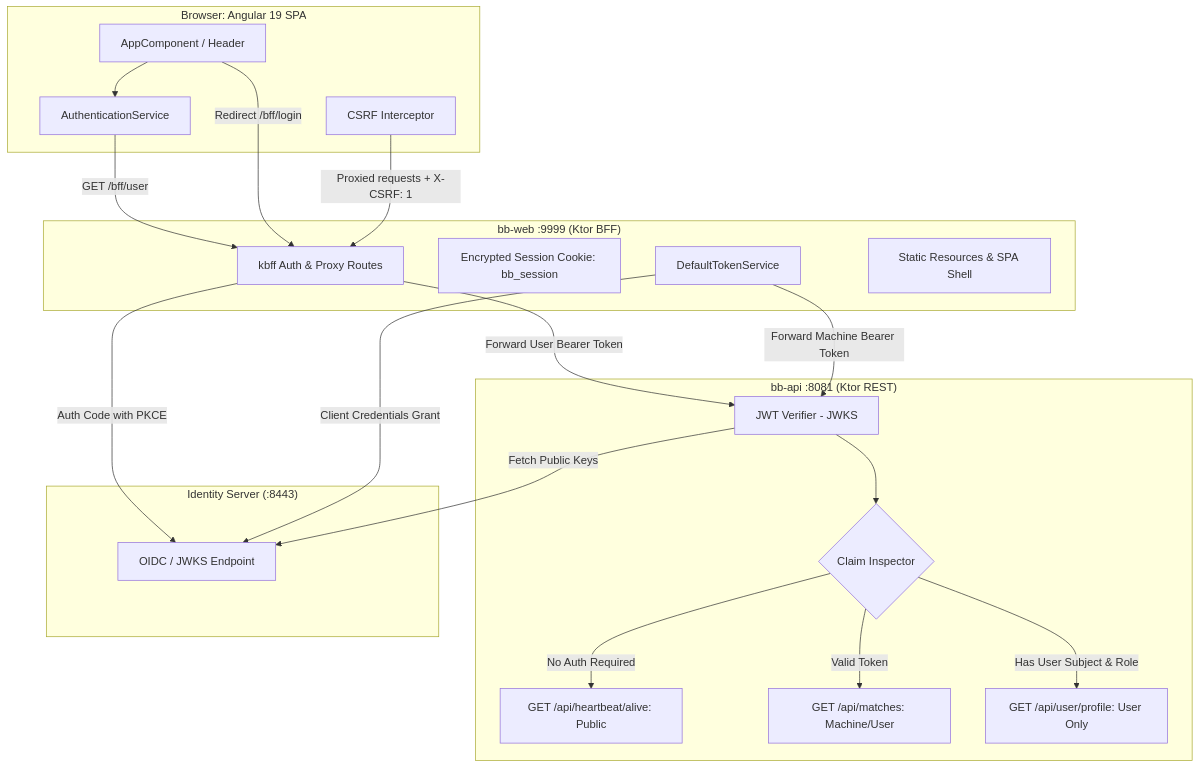
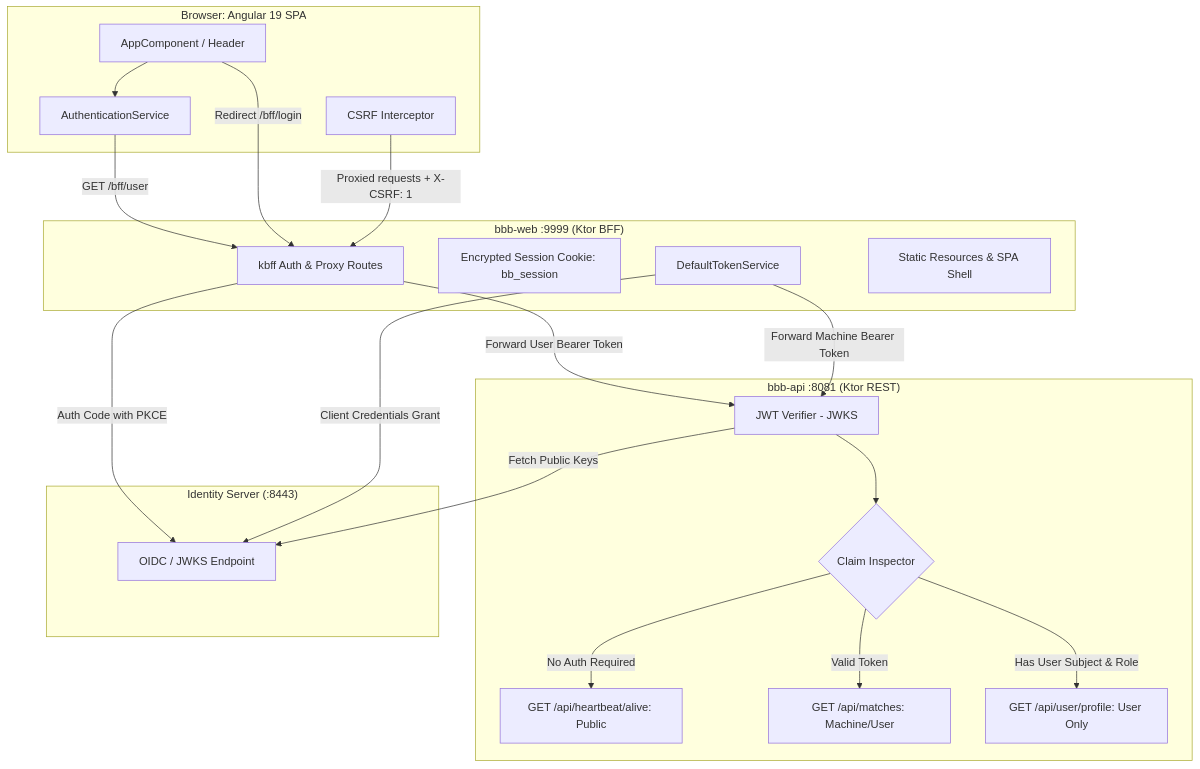
One commit to kevinrjones/acs_ball_by_ball changed the first of 3 diagrams in docs/architecture/applications.md. Above: the diagram before and after it, drawn with Mermaid. The commit also changed other lines of this file and 155 other files, not shown here.

````diff
--- a/docs/architecture/applications.md
+++ b/docs/architecture/applications.md
@@ -19,44 +19,44 @@
 ```mermaid
 flowchart TD
     subgraph Browser["Browser: Angular 19 SPA"]
         UI[AppComponent / Header]
         AuthService[AuthenticationService]
         Interceptor[CSRF Interceptor]
     end
 
-    subgraph Web["bb-web :9999 (Ktor BFF)"]
+    subgraph Web["bbb-web :9999 (Ktor BFF)"]
         KBFF[kbff Auth & Proxy Routes]
         SessionCookie[Encrypted Session Cookie: bb_session]
         TokenService[DefaultTokenService]
         WebRoutes[Static Resources & SPA Shell]
     end
 
-    subgraph API["bb-api :8081 (Ktor REST)"]
+    subgraph API["bbb-api :8081 (Ktor REST)"]
         JWTVerifier[JWT Verifier - JWKS]
         ClaimsCheck{Claim Inspector}
         AliveRoute[GET /api/heartbeat/alive: Public]
         MatchesRoute[GET /api/matches: Machine/User]
         UserRoute[GET /api/user/profile: User Only]
     end
 
     subgraph Identity["Identity Server (:8443)"]
         OIDC[OIDC / JWKS Endpoint]
     end
 
     UI --> AuthService
     AuthService -->|GET /bff/user| KBFF
     UI -->|Redirect /bff/login| KBFF
     Interceptor -->|Proxied requests + X-CSRF: 1| KBFF
 
     KBFF -->|Auth Code with PKCE| OIDC
     TokenService -->|Client Credentials Grant| OIDC
     JWTVerifier -->|Fetch Public Keys| OIDC
 
     KBFF -->|Forward User Bearer Token| JWTVerifier
     TokenService -->|Forward Machine Bearer Token| JWTVerifier
 
     JWTVerifier --> ClaimsCheck
     ClaimsCheck -->|No Auth Required| AliveRoute
     ClaimsCheck -->|Valid Token| MatchesRoute
     ClaimsCheck -->|Has User Subject & Role| UserRoute
 ```
````
